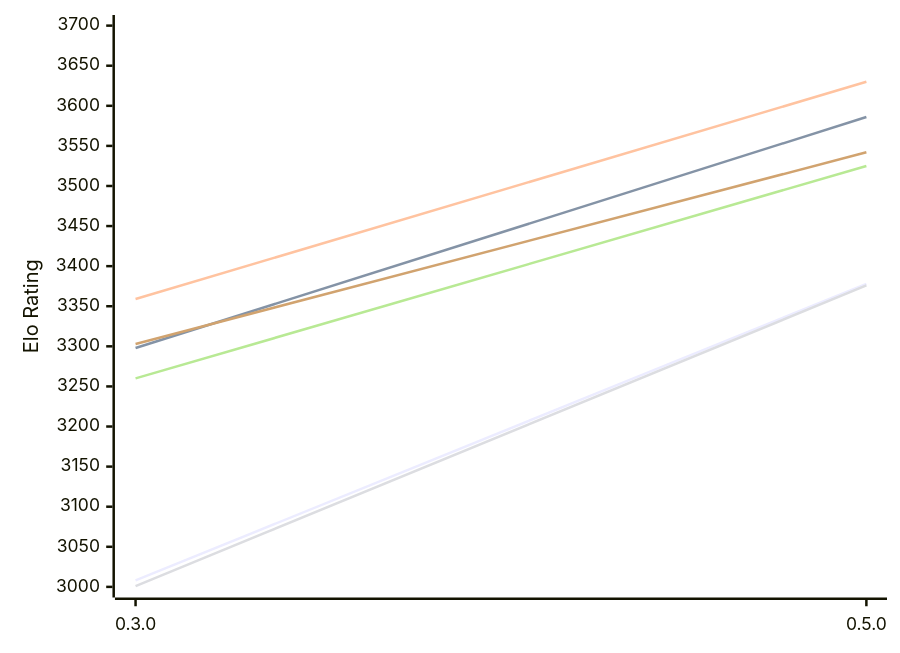
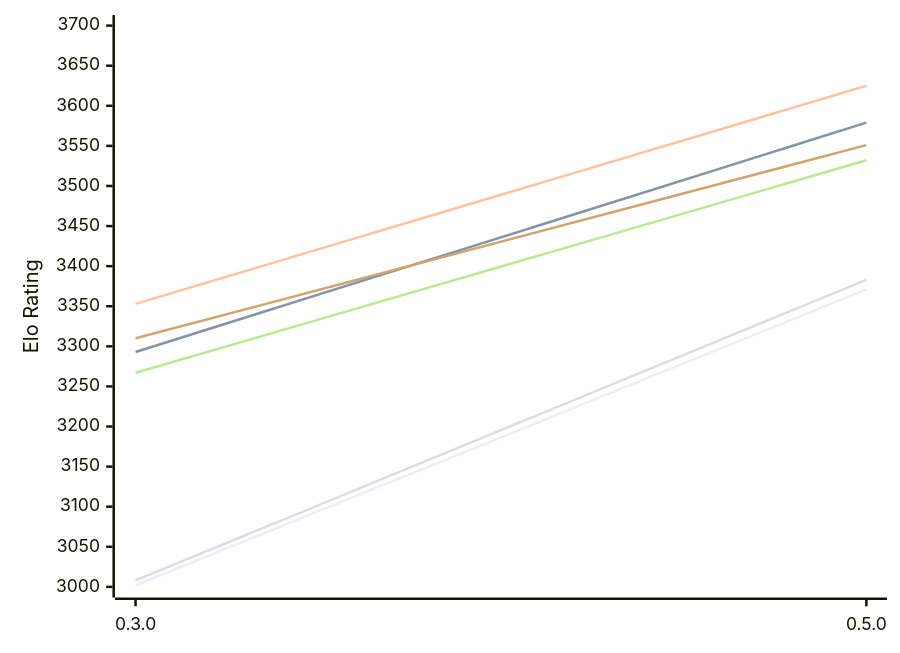
The first of 2 diagrams in engines/Justbot.md (computer-chess-index/cci), drawn with Mermaid before and after one commit. The commit also changed other lines of this file, not shown here.

Commit message:
Update CCI Ratings (ELO VLTC) - 2026-11-18

````diff
--- a/engines/Justbot.md
+++ b/engines/Justbot.md
@@ -53,12 +53,12 @@
 ```mermaid
 %%{init: {"theme":"base","themeVariables":{"seriesColors:['#a3a3a3','#222221','#faa371']}}}%%
 xychart-beta
   x-axis ["0.3.0", "0.5.0"]
   y-axis "Elo Rating" 3000 --> 3700
-  line "E1: STC (8.0+0.08s)" [3008, 3378]
-  line "E1: LTC (60.0+0.60s)" [3298, 3586]
-  line "E1: VLTC (2m24s+1.12s)" [3359, 3630]
-  line "P1: STC (8.0+0.08s)" [3001, 3376]
-  line "P1: LTC (60.0+0.60s)" [3260, 3525]
-  line "P1: VLTC (2m24s+1.12s)" [3303, 3542]
+  line "E1: STC (8.0+0.08s)" [3002, 3371]
+  line "E1: LTC (60.0+0.60s)" [3293, 3579]
+  line "E1: VLTC (2m24s+1.12s)" [3353, 3625]
+  line "P1: STC (8.0+0.08s)" [3008, 3383]
+  line "P1: LTC (60.0+0.60s)" [3267, 3532]
+  line "P1: VLTC (2m24s+1.12s)" [3310, 3551]
 ```
````
